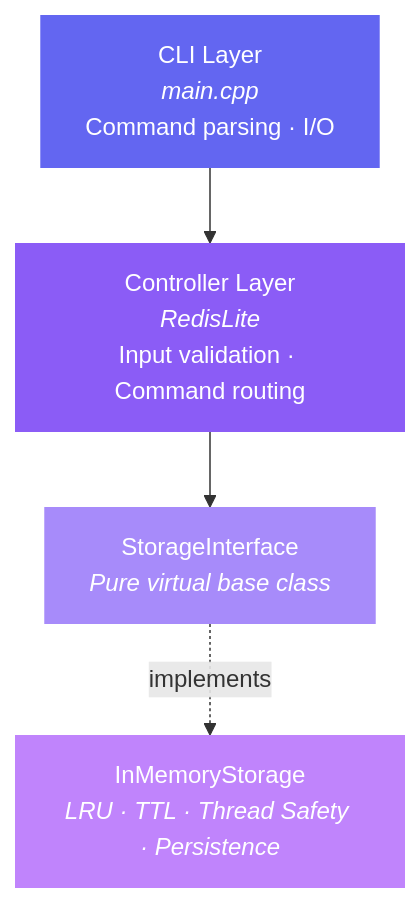
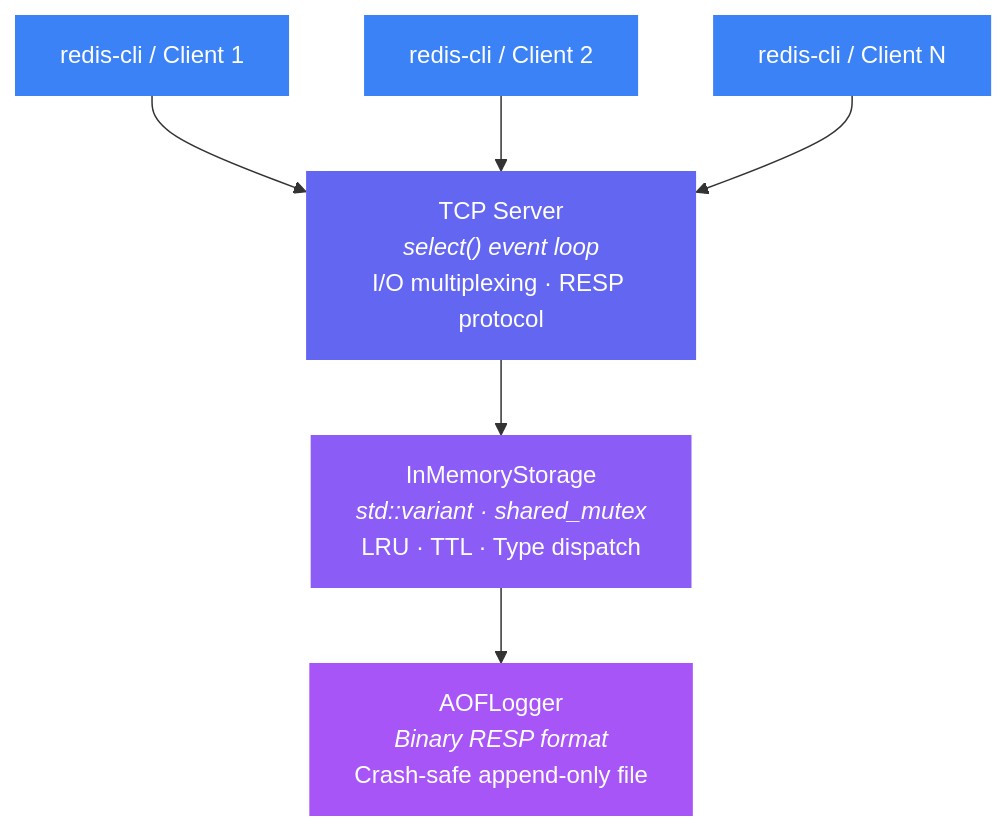
The first of 2 diagrams in README.md (madhavthesiya/mini-redis), drawn with Mermaid before and after one commit. The commit also changed other lines of this file and 15 other files, not shown here.

Commit message:
feat: complete mini-redis implementation with TCP server and AOF

````diff
--- a/README.md
+++ b/README.md
@@ -9,16 +45,23 @@
 ```mermaid
 flowchart TD
-    CLI["CLI Layer<br/><i>main.cpp</i><br/>Command parsing · I/O"]
-    Controller["Controller Layer<br/><i>RedisLite</i><br/>Input validation · Command routing"]
-    Interface["StorageInterface<br/><i>Pure virtual base class</i>"]
-    Engine["InMemoryStorage<br/><i>LRU · TTL · Thread Safety · Persistence</i>"]
+    Client1["redis-cli / Client 1"]
+    Client2["redis-cli / Client 2"]
+    Client3["redis-cli / Client N"]
 
-    CLI --> Controller
-    Controller --> Interface
-    Interface -.->|implements| Engine
+    Server["TCP Server\n<i>select() event loop</i>\nI/O multiplexing · RESP protocol"]
+    Storage["InMemoryStorage\n<i>std::variant · shared_mutex</i>\nLRU · TTL · Type dispatch"]
+    AOF["AOFLogger\n<i>Binary RESP format</i>\nCrash-safe append-only file"]
 
-    style CLI fill:#6366f1,color:#fff,stroke:none
-    style Controller fill:#8b5cf6,color:#fff,stroke:none
-    style Interface fill:#a78bfa,color:#fff,stroke:none
-    style Engine fill:#c084fc,color:#fff,stroke:none
+    Client1 --> Server
+    Client2 --> Server
+    Client3 --> Server
+    Server --> Storage
+    Storage --> AOF
+
+    style Client1 fill:#3b82f6,color:#fff,stroke:none
+    style Client2 fill:#3b82f6,color:#fff,stroke:none
+    style Client3 fill:#3b82f6,color:#fff,stroke:none
+    style Server fill:#6366f1,color:#fff,stroke:none
+    style Storage fill:#8b5cf6,color:#fff,stroke:none
+    style AOF fill:#a855f7,color:#fff,stroke:none
 ```
````
